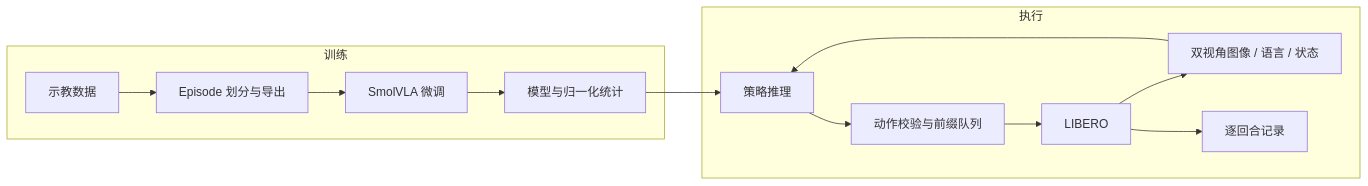
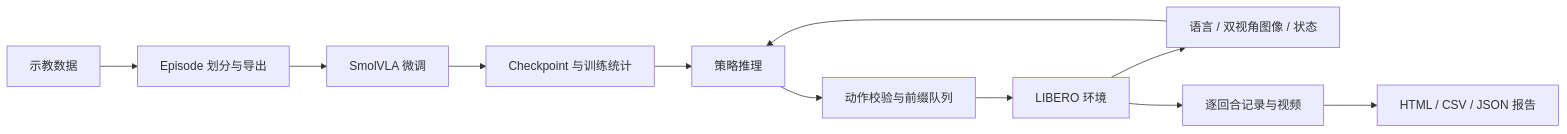
The diagram in README.md (Hanamaki-CL/VLA), drawn with Mermaid before and after one commit. The commit also changed other lines of this file and 22 other files, not shown here.

````diff
--- a/README.md
+++ b/README.md
@@ -19,16 +27,13 @@
 ```mermaid
 flowchart LR
-    subgraph Training[训练]
-        D[示教数据] --> S[Episode 划分与导出]
-        S --> T[SmolVLA 微调]
-        T --> C[模型与归一化统计]
-    end
-    subgraph Rollout[执行]
-        O[双视角图像 / 语言 / 状态] --> P[策略推理]
-        P --> Q[动作校验与前缀队列]
-        Q --> E[LIBERO]
-        E --> O
-        E --> R[逐回合记录]
-    end
-    C --> P
+    D[示教数据] --> S[Episode 划分与导出]
+    S --> T[SmolVLA 微调]
+    T --> C[Checkpoint 与训练统计]
+    C --> P[策略推理]
+    O[语言 / 双视角图像 / 状态] --> P
+    P --> Q[动作校验与前缀队列]
+    Q --> E[LIBERO 环境]
+    E --> O
+    E --> R[逐回合记录与视频]
+    R --> A[HTML / CSV / JSON 报告]
 ```
````
